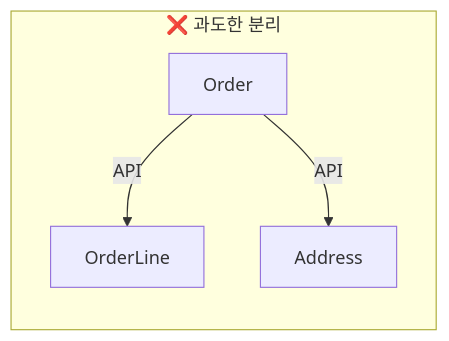
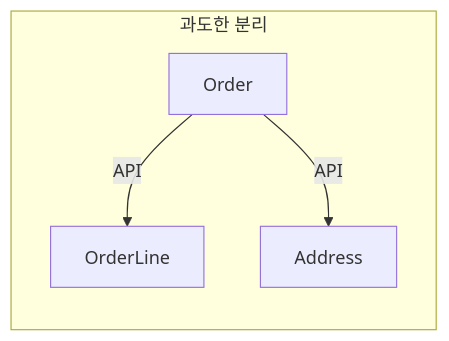
Before and after one commit to advanced-beginner/advanced-beginner.github.io: the second of 2 diagrams in content/ko/ddd/concepts/anti-patterns.md, drawn with Mermaid. The commit also changed other lines of this file and 13 other files, not shown here.

````diff
--- a/content/ko/ddd/concepts/anti-patterns.md
+++ b/content/ko/ddd/concepts/anti-patterns.md
@@ -51,10 +42,10 @@
 ```mermaid
 flowchart LR
-    subgraph Bad["❌ 과도한 분리"]
+    subgraph Bad["과도한 분리"]
         O["Order"]
         OL["OrderLine"]
         A["Address"]
         O -->|API| OL
         O -->|API| A
     end
 ```
````
